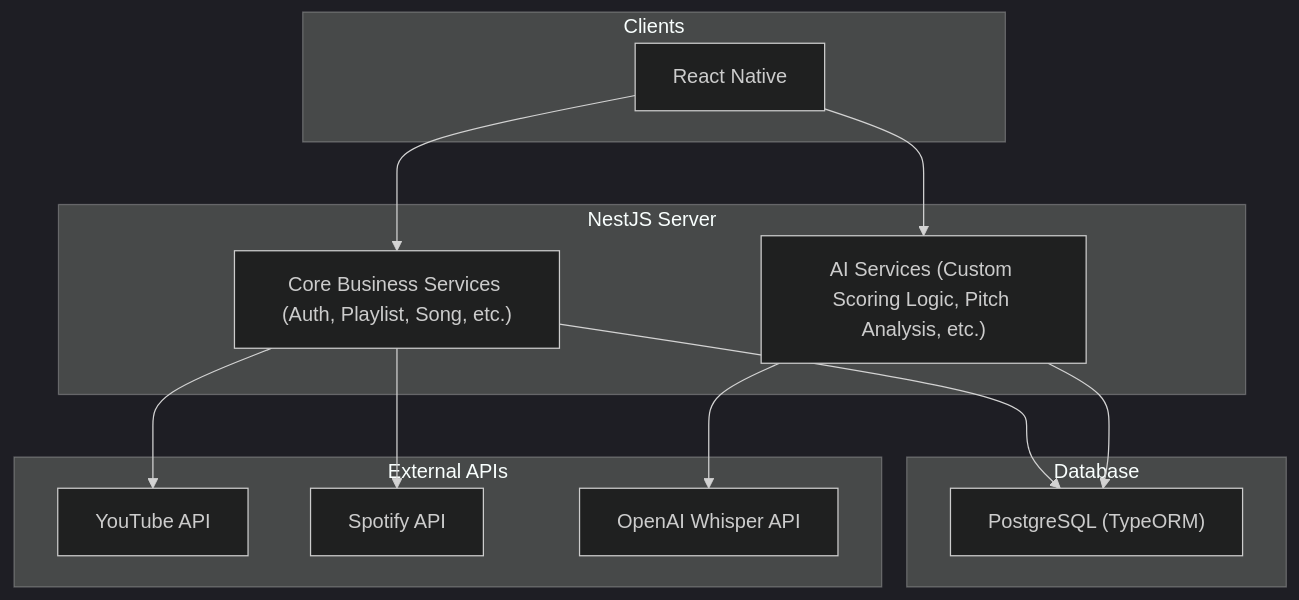
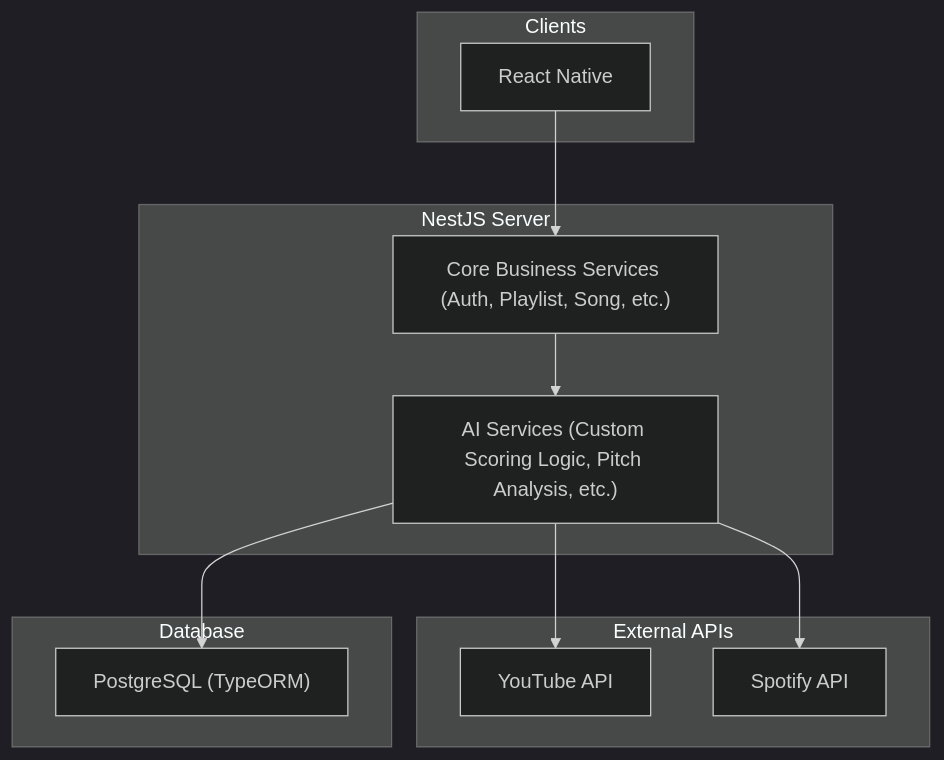
One commit to manoke-uit/.github changed the second of 2 diagrams in README.md. Above: the diagram before and after it, drawn with Mermaid (dark theme).

Commit message:
docs: change architecture schema

````diff
--- a/README.md
+++ b/README.md
@@ -81,39 +81,34 @@
 ``` mermaid
 flowchart TD
     %% Consumers
     subgraph Clients
         MobileApp["React Native"]
     end
 
     %% Backend Services Grouped
     subgraph NestJS Server
         CoreLogic["Core Business Services (Auth, Playlist, Song, etc.)"]
         AILogic["AI Services (Custom Scoring Logic, Pitch Analysis, etc.)"]
     end
 
     %% External APIs
     subgraph External APIs
         YouTube["YouTube API"]
         Spotify["Spotify API"]
-        Whisper["OpenAI Whisper API"]
     end
 
     %% Database
     subgraph Database
         PostgreSQL["PostgreSQL (TypeORM)"]
     end
 
     %% Flow
     
-    MobileApp --> CoreLogic
-    MobileApp --> AILogic
-
-    AILogic --> PostgreSQL
-    AILogic --> Whisper
-
-    CoreLogic --> YouTube
-    CoreLogic --> Spotify
-    CoreLogic --> PostgreSQL
+    MobileApp --> CoreLogic --> AILogic
 
 
+    AILogic --> YouTube
+    AILogic --> Spotify
+    AILogic --> PostgreSQL
+
 ```
````
